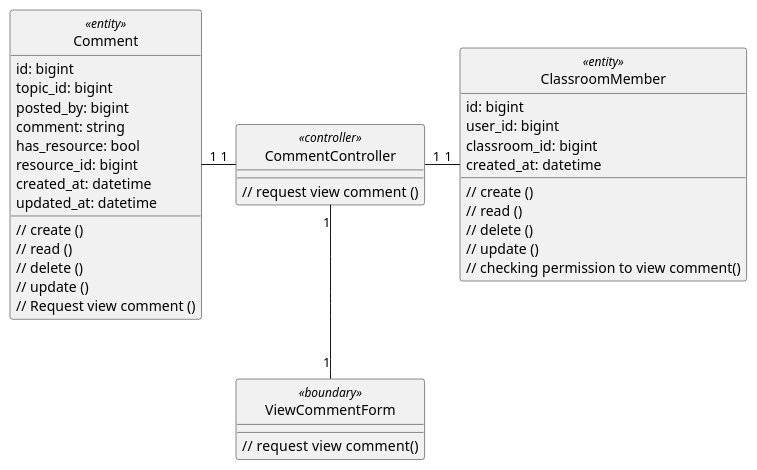
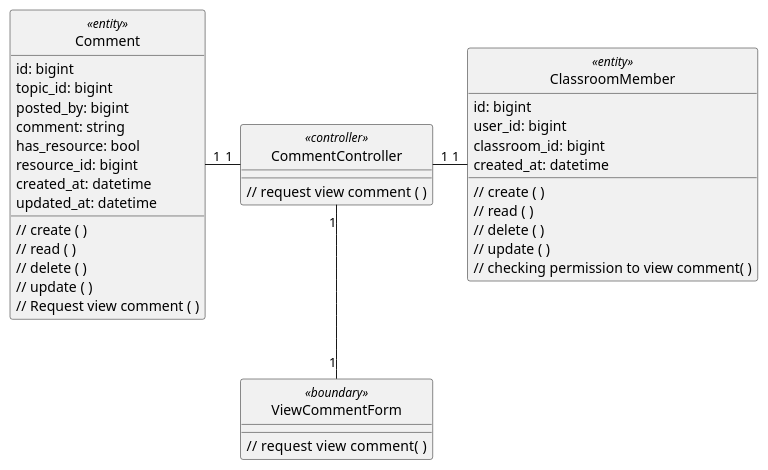
Before and after one commit to anonyhostvn/OOAD-Diagram: the diagram in class - analysis/comment/viewComment.plantuml, drawn with PlantUML. The commit also changed 16 other files, not shown here.

```diff
--- a/class - analysis/comment/viewComment.plantuml
+++ b/class - analysis/comment/viewComment.plantuml
@@ -1,51 +1,51 @@
 @startuml viewTopic
 
 class Comment <<entity>> {
     id: bigint
     topic_id: bigint
     posted_by: bigint
     comment: string
     has_resource: bool
     resource_id: bigint
     created_at: datetime
     updated_at: datetime
 
-    // create ()
-    // read ()
-    // delete ()
-    // update ()
-    // Request view comment ()
+    // create ( )
+    // read ( )
+    // delete ( )
+    // update ( )
+    // Request view comment ( )
 }
 
 class ClassroomMember <<entity>> {
     id: bigint
     user_id: bigint
     classroom_id: bigint
     created_at: datetime
 
-    // create ()
-    // read ()
-    // delete ()
-    // update ()
-    // checking permission to view comment()
+    // create ( )
+    // read ( )
+    // delete ( )
+    // update ( )
+    // checking permission to view comment( )
 }
 
 class ViewCommentForm <<boundary>> {
-    // request view  comment()
+    // request view  comment( )
 }
 
 class CommentController <<controller>> {
-    // request view comment ()
+    // request view comment ( )
 }
 
 hide Comment <<entity>> circle
 hide ViewCommentForm <<boundary>> circle
 hide CommentController <<controller>> circle
 
 CommentController "1" -left- "1" Comment
 CommentController "1" -right- "1" ClassroomMember
 CommentController "1" -down- "1" ViewCommentForm
 
 
 
 @enduml
```
